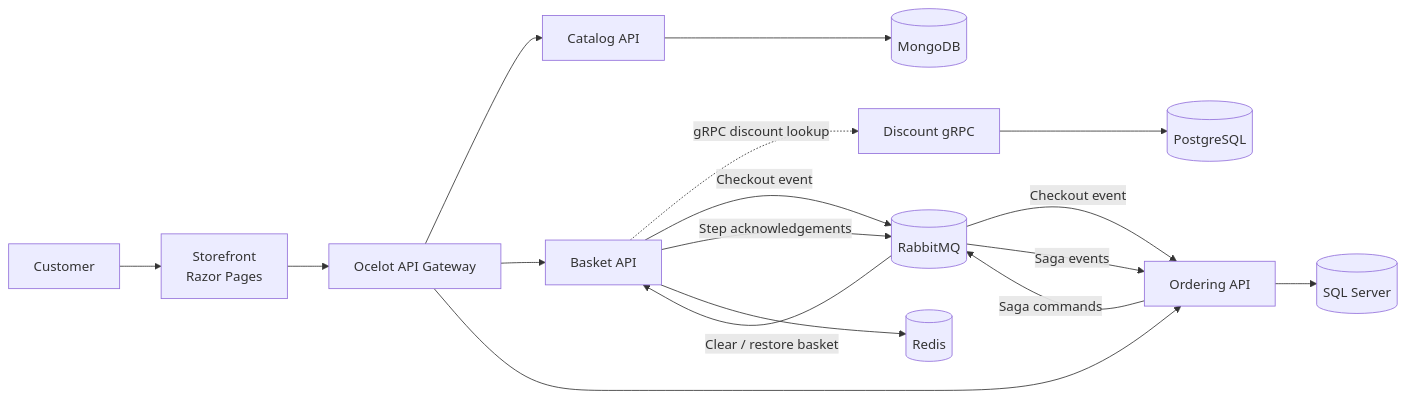
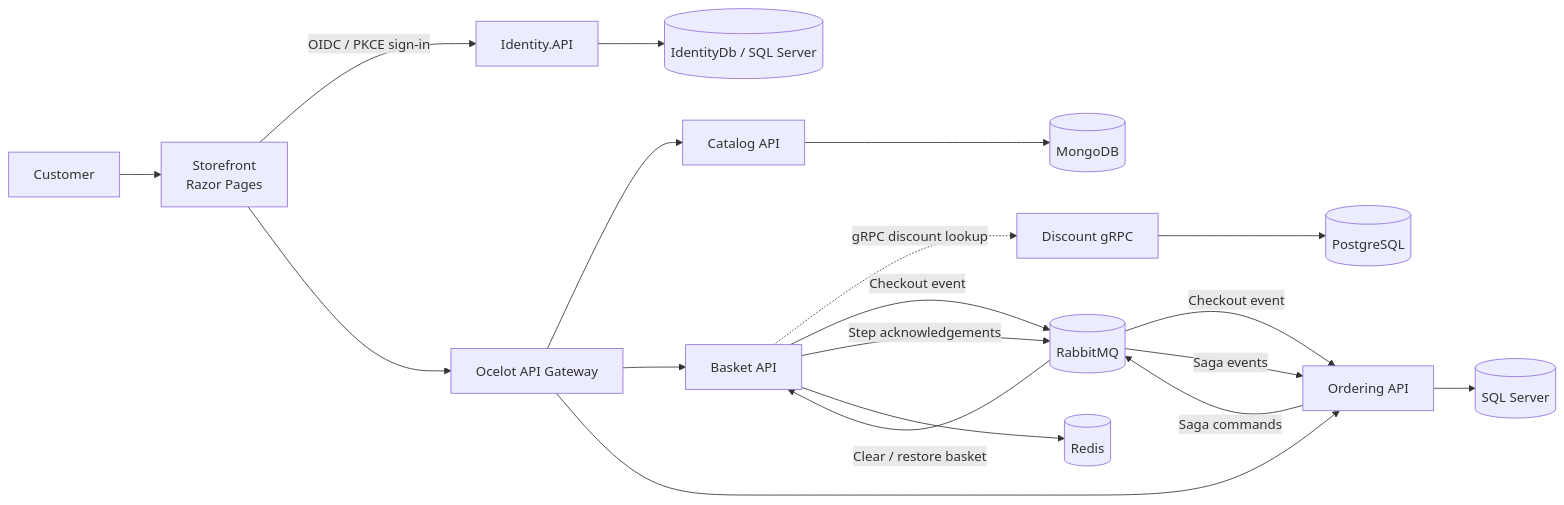
The first of 2 diagrams in README.md (ruhollahjafari1994/AspnetMicroservices), drawn with Mermaid before and after one commit. The commit also changed other lines of this file and 179 other files, not shown here.

````diff
--- a/README.md
+++ b/README.md
@@ -25,19 +25,21 @@
 ```mermaid
 flowchart LR
     Customer[Customer] --> Web[Storefront<br/>Razor Pages]
+    Web -->|OIDC / PKCE sign-in| Identity[Identity.API]
     Web --> Gateway[Ocelot API Gateway]
     Gateway --> Catalog[Catalog API]
     Gateway --> Basket[Basket API]
     Gateway --> Ordering[Ordering API]
     Basket -. gRPC discount lookup .-> Discount[Discount gRPC]
     Basket -->|Checkout event| Rabbit[(RabbitMQ)]
     Rabbit -->|Checkout event| Ordering
     Ordering -->|Saga commands| Rabbit
     Rabbit -->|Clear / restore basket| Basket
     Basket -->|Step acknowledgements| Rabbit
     Rabbit -->|Saga events| Ordering
     Catalog --> Mongo[(MongoDB)]
     Basket --> Redis[(Redis)]
     Discount --> PostgreSQL[(PostgreSQL)]
     Ordering --> SQL[(SQL Server)]
+    Identity --> IdentityDB[(IdentityDb / SQL Server)]
 ```
````
